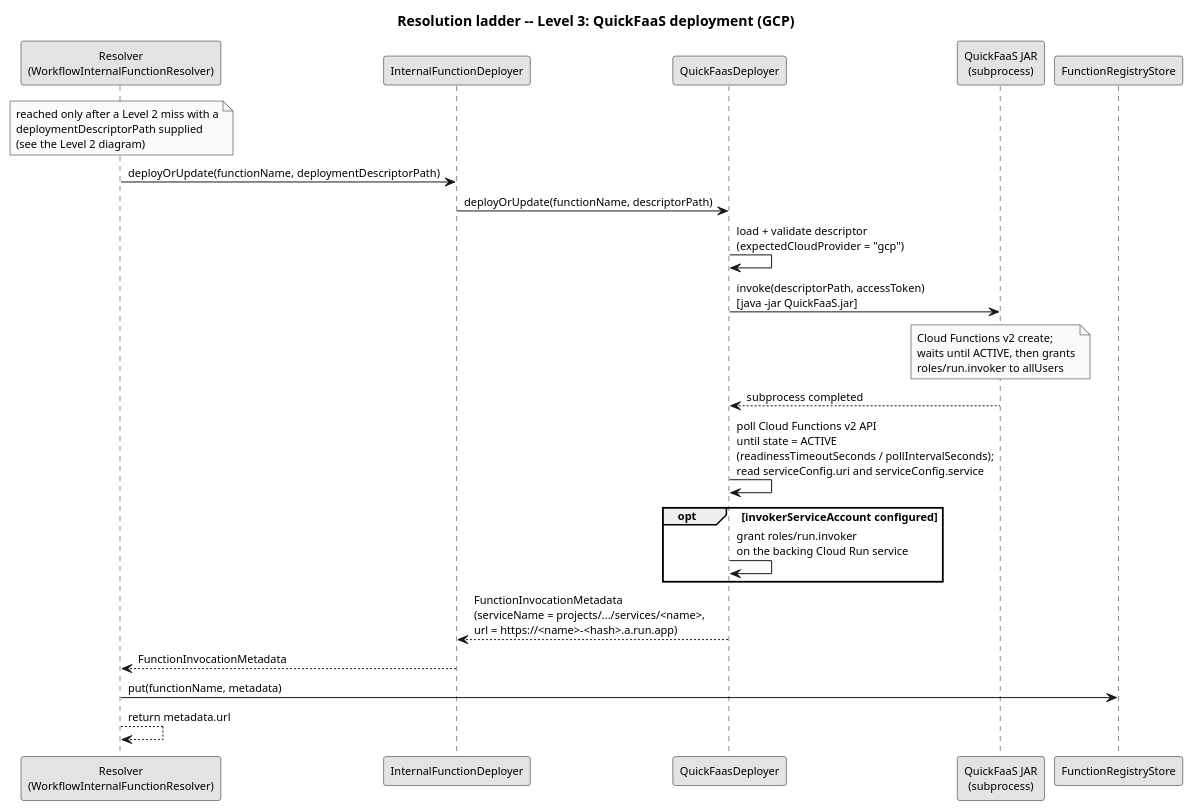
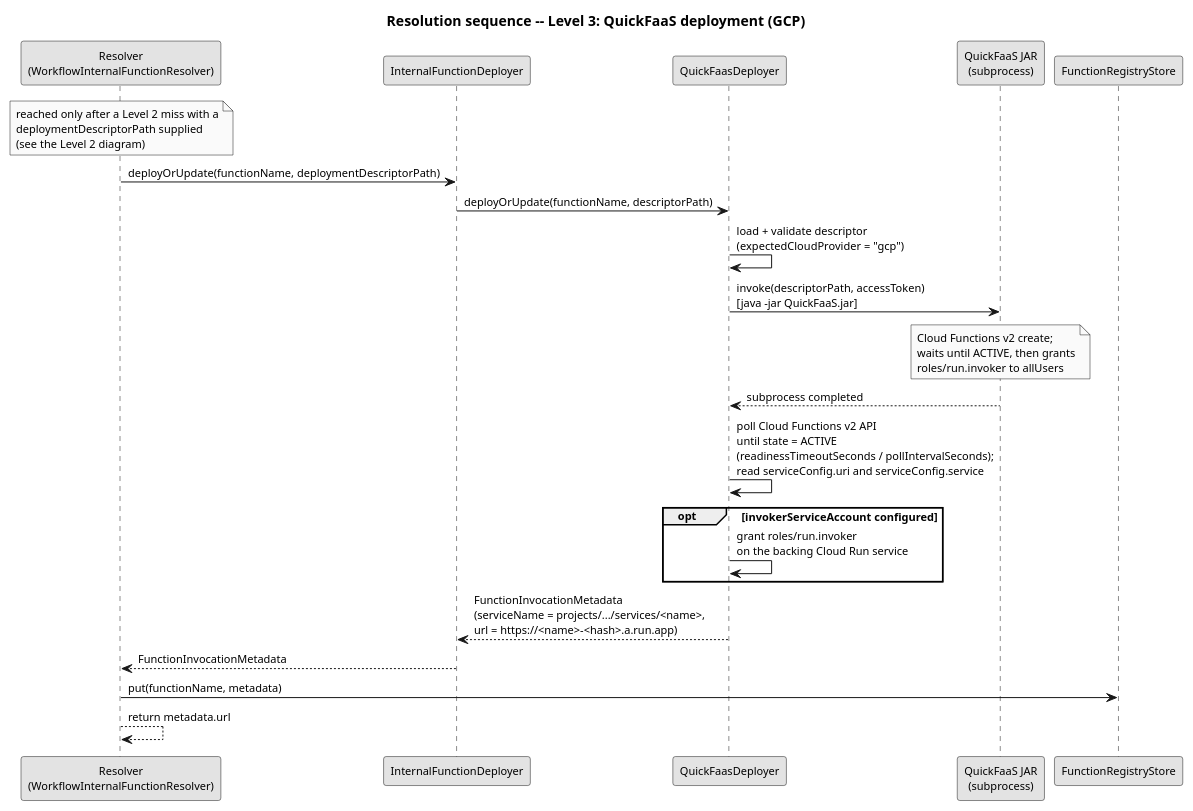
Before and after one commit to EngenheiroPedroCarvalho/ISEL-Thesis-2526: the diagram in diagrams/resolution-cascade-level3-gcp.puml, drawn with PlantUML. The commit also changed 34 other files, not shown here.

```diff
--- a/diagrams/resolution-cascade-level3-gcp.puml
+++ b/diagrams/resolution-cascade-level3-gcp.puml
@@ -1,38 +1,38 @@
 @startuml resolution-cascade-level3-gcp
 skinparam monochrome true
 skinparam shadowing false
 skinparam defaultFontSize 11
-title Resolution ladder -- Level 3: QuickFaaS deployment (GCP)
+title Resolution sequence -- Level 3: QuickFaaS deployment (GCP)
 
 participant "Resolver\n(WorkflowInternalFunctionResolver)" as R
 participant "InternalFunctionDeployer" as D
 participant "QuickFaasDeployer" as QFD
 participant "QuickFaaS JAR\n(subprocess)" as QF
 participant "FunctionRegistryStore" as REG
 
 note over R
   reached only after a Level 2 miss with a
   deploymentDescriptorPath supplied
   (see the Level 2 diagram)
 end note
 
 R -> D : deployOrUpdate(functionName, deploymentDescriptorPath)
 D -> QFD : deployOrUpdate(functionName, descriptorPath)
 QFD -> QFD : load + validate descriptor\n(expectedCloudProvider = "gcp")
 QFD -> QF : invoke(descriptorPath, accessToken)\n[java -jar QuickFaaS.jar]
 note over QF
   Cloud Functions v2 create;
   waits until ACTIVE, then grants
   roles/run.invoker to allUsers
 end note
 QF --> QFD : subprocess completed
 QFD -> QFD : poll Cloud Functions v2 API\nuntil state = ACTIVE\n(readinessTimeoutSeconds / pollIntervalSeconds);\nread serviceConfig.uri and serviceConfig.service
 opt invokerServiceAccount configured
   QFD -> QFD : grant roles/run.invoker\non the backing Cloud Run service
 end
 QFD --> D : FunctionInvocationMetadata\n(serviceName = projects/.../services/<name>,\nurl = https://<name>-<hash>.a.run.app)
 
 D --> R : FunctionInvocationMetadata
 R -> REG : put(functionName, metadata)
 R --> R : return metadata.url
 @enduml
```
